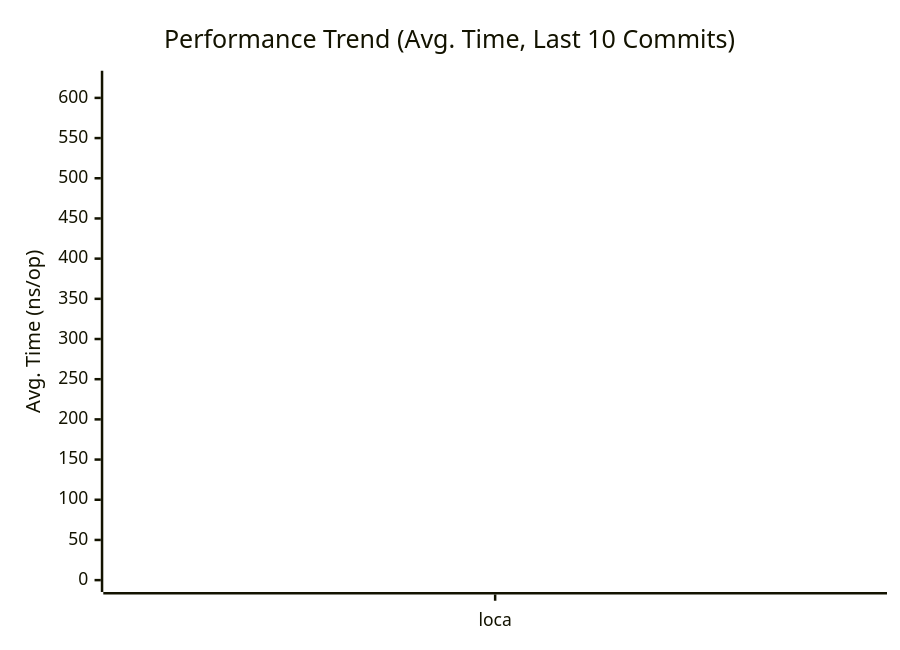
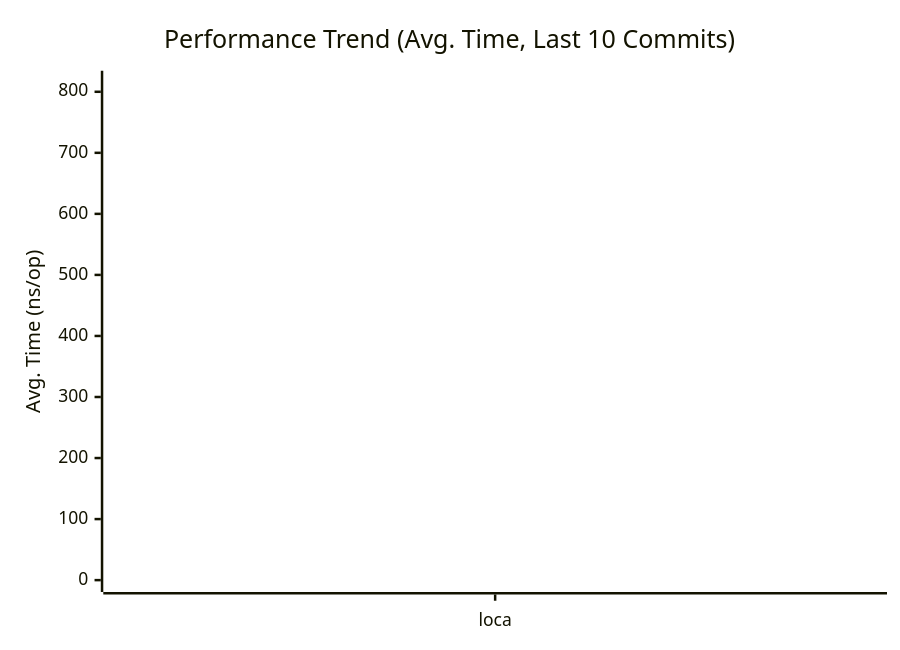
One commit to alsotoes/momo changed the first of 3 diagrams in docs/PERFORMANCE.md. Above: the diagram before and after it, drawn with Mermaid. The commit also changed other lines of this file and 6 other files, not shown here.

````diff
--- a/docs/PERFORMANCE.md
+++ b/docs/PERFORMANCE.md
@@ -80,16 +80,16 @@
 ```mermaid
 xychart-beta
     title "Performance Trend (Avg. Time, Last 10 Commits)"
     x-axis "Commit"
     y-axis "Avg. Time (ns/op)"
     x-axis [loca]
-    line "CheckMetricsAndSwap" [6,7,14,7,6,6,7,7,6,8]
-    line "CrushOptimized" [265,295,618,264,255,245,263,280,255,293]
-    line "CrushOriginal" [399,426,831,362,367,368,359,367,362,401]
-    line "IndexDirectTracking" [0,0,1,0,0,0,0,0,0,0]
-    line "IndexSearch" [3,3,4,3,3,3,3,3,3,3]
-    line "LoadGlobalConfig" [619,815,1442,632,613,599,626,637,616,649]
-    line "PadString" [2,2,3,2,2,2,2,2,2,2]
+    line "CheckMetricsAndSwap" [7,14,7,6,6,7,7,6,8,6]
+    line "CrushOptimized" [295,618,264,255,245,263,280,255,293,317]
+    line "CrushOriginal" [426,831,362,367,368,359,367,362,401,371]
+    line "IndexDirectTracking" [0,1,0,0,0,0,0,0,0,0]
+    line "IndexSearch" [3,4,3,3,3,3,3,3,3,3]
+    line "LoadGlobalConfig" [815,1442,632,613,599,626,637,616,649,706]
+    line "PadString" [2,3,2,2,2,2,2,2,2,2]
     line "ParseReplicationOrder_NoPrealloc" [350,349,357,354,345,225,229,165,232,234]
     line "ParseReplicationOrder_Prealloc" [229,231,237,234,229,108,107,80,110,109]
 ```
````
